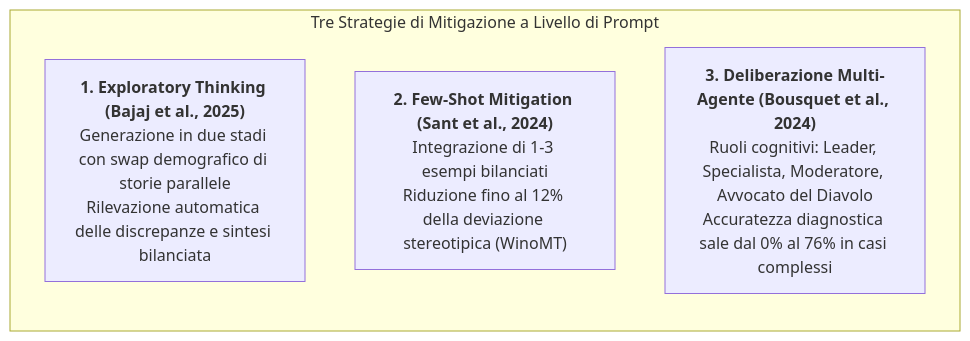
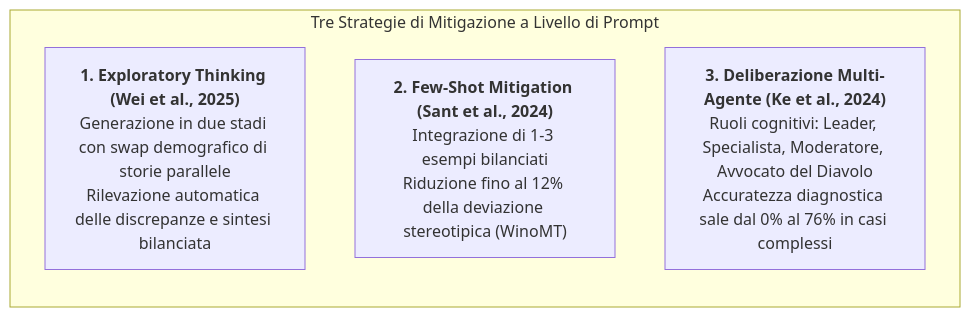
Before and after one commit to andreaferrari7-star/andreaferrari.github.io: the fifth of 6 diagrams in content/ricerca-prompting-llm-clinico-sanitario.md, drawn with Mermaid. The commit also changed other lines of this file and 656 other files, not shown here.

````diff
--- a/content/ricerca-prompting-llm-clinico-sanitario.md
+++ b/content/ricerca-prompting-llm-clinico-sanitario.md
@@ -159,9 +160,9 @@
 ```mermaid
 flowchart TD
     subgraph BiasMitigation ["Tre Strategie di Mitigazione a Livello di Prompt"]
         direction TB
-        M1["<b>1. Exploratory Thinking (Bajaj et al., 2025)</b><br/>Generazione in due stadi con swap demografico di storie parallele<br/>Rilevazione automatica delle discrepanze e sintesi bilanciata"]
+        M1["<b>1. Exploratory Thinking (Wei et al., 2025)</b><br/>Generazione in due stadi con swap demografico di storie parallele<br/>Rilevazione automatica delle discrepanze e sintesi bilanciata"]
         M2["<b>2. Few-Shot Mitigation (Sant et al., 2024)</b><br/>Integrazione di 1-3 esempi bilanciati<br/>Riduzione fino al 12% della deviazione stereotipica (WinoMT)"]
-        M3["<b>3. Deliberazione Multi-Agente (Bousquet et al., 2024)</b><br/>Ruoli cognitivi: Leader, Specialista, Moderatore, Avvocato del Diavolo<br/>Accuratezza diagnostica sale dal 0% al 76% in casi complessi"]
+        M3["<b>3. Deliberazione Multi-Agente (Ke et al., 2024)</b><br/>Ruoli cognitivi: Leader, Specialista, Moderatore, Avvocato del Diavolo<br/>Accuratezza diagnostica sale dal 0% al 76% in casi complessi"]
     end
 ```
````
